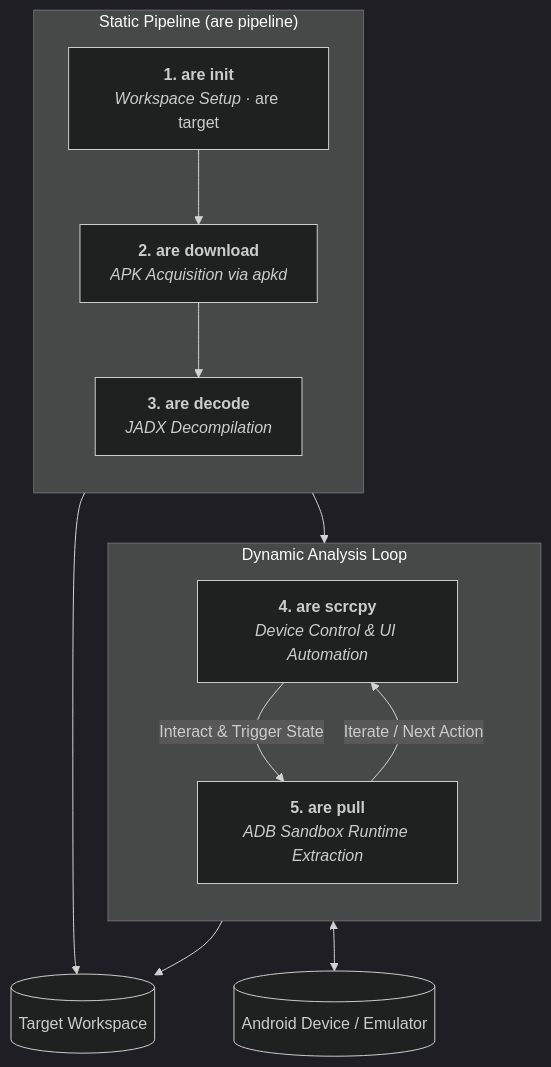
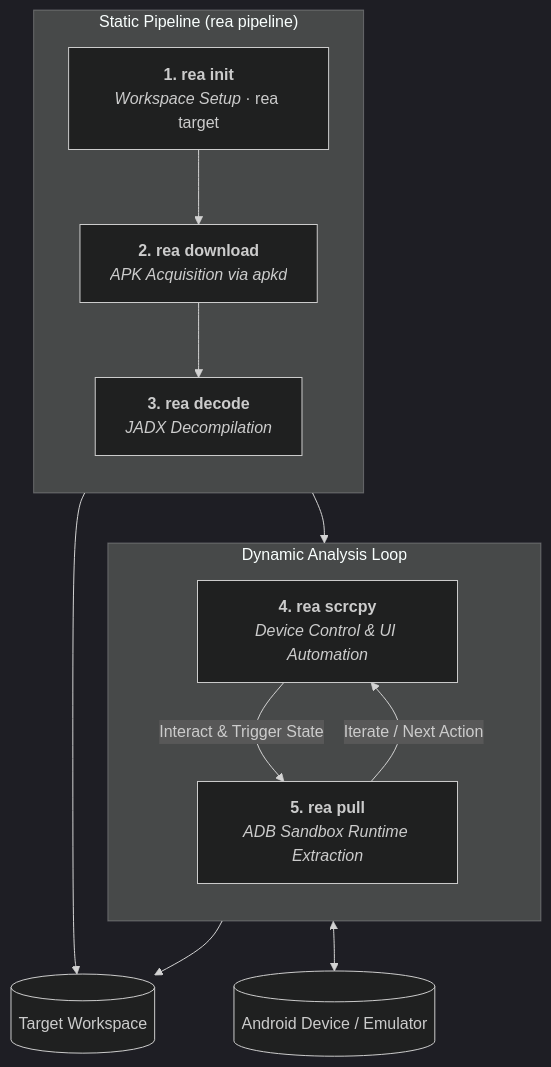
Before and after one commit to impeterwayne/REAKit: the diagram in README.md, drawn with Mermaid (dark theme). The commit also changed other lines of this file and 73 other files, not shown here.

Commit message:
feat: rebrand to REA_Kit and add JADX documentation

````diff
--- a/README.md
+++ b/README.md
@@ -25,25 +25,25 @@
 ```mermaid
 flowchart TD
-    subgraph Static ["Static Pipeline (are pipeline)"]
+    subgraph Static ["Static Pipeline (rea pipeline)"]
         direction TB
-        S1["<b>1. are init</b><br/><i>Workspace Setup</i> · are target"]
-        S2["<b>2. are download</b><br/><i>APK Acquisition via apkd</i>"]
-        S3["<b>3. are decode</b><br/><i>JADX Decompilation</i>"]
+        S1["<b>1. rea init</b><br/><i>Workspace Setup</i> · rea target"]
+        S2["<b>2. rea download</b><br/><i>APK Acquisition via apkd</i>"]
+        S3["<b>3. rea decode</b><br/><i>JADX Decompilation</i>"]
         S1 --> S2 --> S3
     end
 
     subgraph Dynamic ["Dynamic Analysis Loop"]
         direction TB
-        S4["<b>4. are scrcpy</b><br/><i>Device Control & UI Automation</i>"]
-        S5["<b>5. are pull</b><br/><i>ADB Sandbox Runtime Extraction</i>"]
+        S4["<b>4. rea scrcpy</b><br/><i>Device Control & UI Automation</i>"]
+        S5["<b>5. rea pull</b><br/><i>ADB Sandbox Runtime Extraction</i>"]
         
         S4 -->|Interact & Trigger State| S5
         S5 -->|Iterate / Next Action| S4
     end
 
     Static --> Dynamic
 
     Static --> WS[(Target Workspace)]
     S5 --> WS
     S4 <--> DEV[(Android Device / Emulator)]
 ```
````
